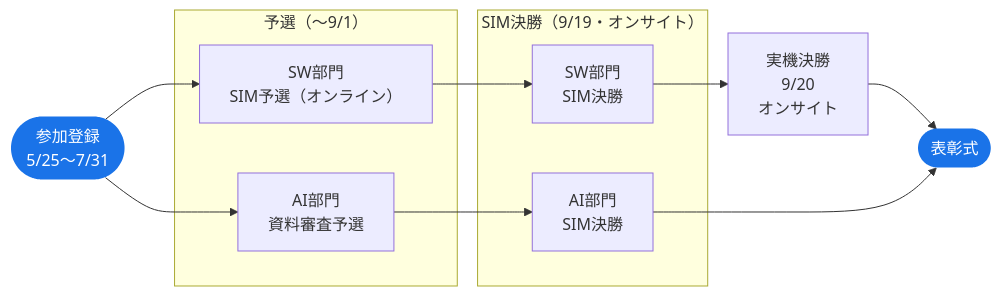
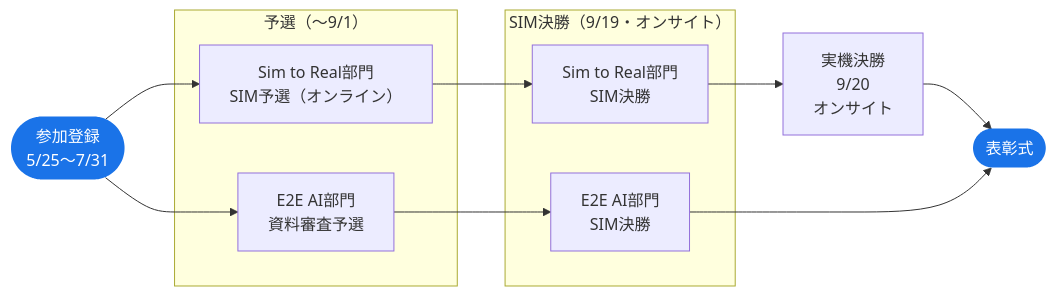
Before and after one commit to AutomotiveAIChallenge/aichallenge-documentation-racingkart: the diagram in docs/competition/index.ja.md, drawn with Mermaid. The commit also changed other lines of this file and 14 other files, not shown here.

````diff
--- a/docs/competition/index.ja.md
+++ b/docs/competition/index.ja.md
@@ -35,27 +35,27 @@
 ```mermaid
 flowchart LR
     A([参加登録\n5/25〜7/31])
     SW3[実機決勝\n9/20\nオンサイト]
     E([表彰式])
 
     subgraph PRE["予選（〜9/1）"]
-        SW1["SW部門\nSIM予選（オンライン）"]
-        AI1["AI部門\n資料審査予選"]
+        SW1["Sim to Real部門\nSIM予選（オンライン）"]
+        AI1["E2E AI部門\n資料審査予選"]
     end
 
     subgraph SIMF["SIM決勝（9/19・オンサイト）"]
-        SW2["SW部門\nSIM決勝"]
-        AI2["AI部門\nSIM決勝"]
+        SW2["Sim to Real部門\nSIM決勝"]
+        AI2["E2E AI部門\nSIM決勝"]
     end
 
     A --> SW1
     A --> AI1
     SW1 --> SW2
     SW2 --> SW3
     SW3 --> E
     AI1 --> AI2
     AI2 --> E
 
     style A fill:#1a73e8,color:#fff,stroke:none
     style E fill:#1a73e8,color:#fff,stroke:none
 ```
````
